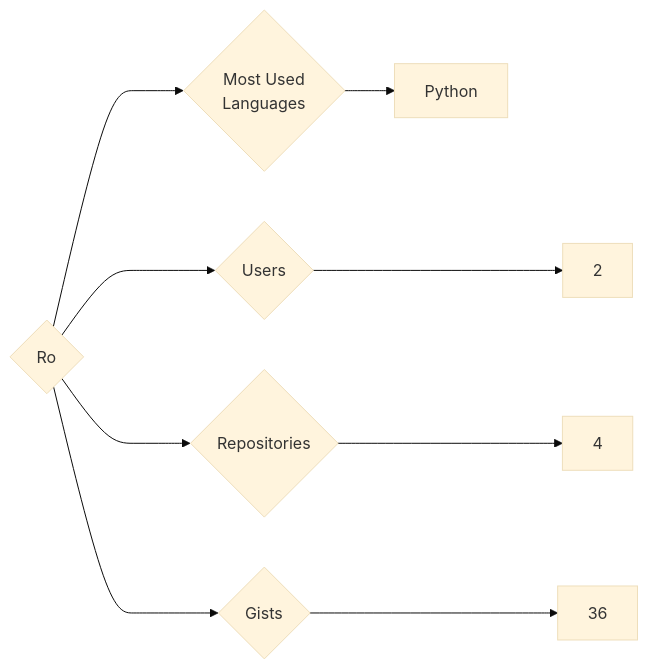
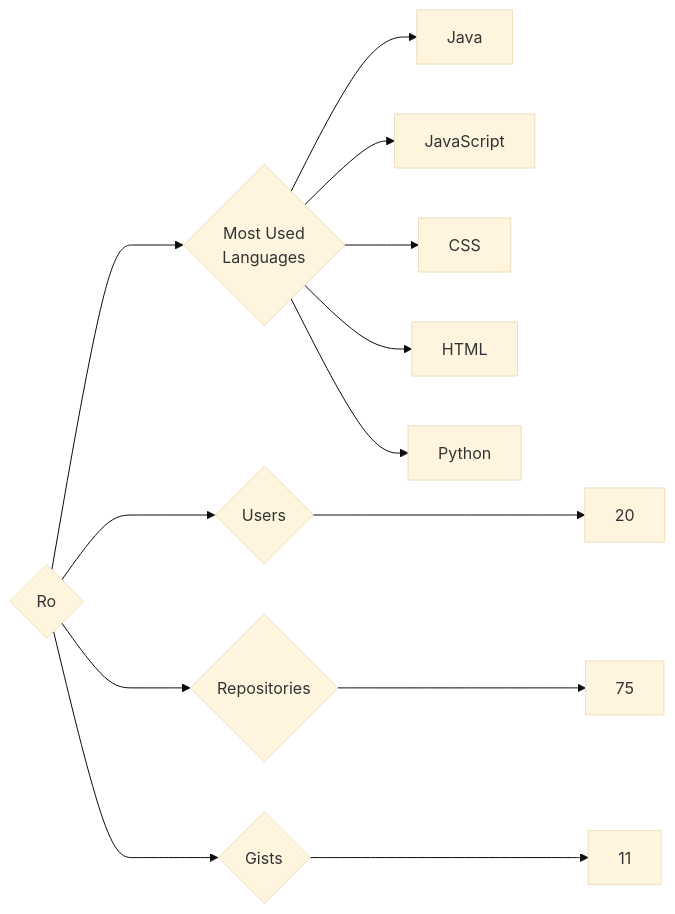
Before and after one commit to trickest/insiders: the diagram in targets/Ro/README.md, drawn with Mermaid (base theme). The commit also changed 715 other files, not shown here.

````diff
--- a/targets/Ro/README.md
+++ b/targets/Ro/README.md
@@ -3,9 +3,13 @@
 ```mermaid
 graph LR
 COMPANY_NAME{Ro}
-COMPANY_NAME ---> U{Users} ---> UN[2]
-COMPANY_NAME ---> R{Repositories} ---> RN[4]
-COMPANY_NAME ---> G{Gists} ---> GN[36]
+COMPANY_NAME ---> U{Users} ---> UN[20]
+COMPANY_NAME ---> R{Repositories} ---> RN[75]
+COMPANY_NAME ---> G{Gists} ---> GN[11]
 COMPANY_NAME ---> ML{Most Used<br>Languages}
+ML --> Java[Java]
+ML --> JavaScript[JavaScript]
+ML --> CSS[CSS]
+ML --> HTML[HTML]
 ML --> Python[Python]
 ```
````
